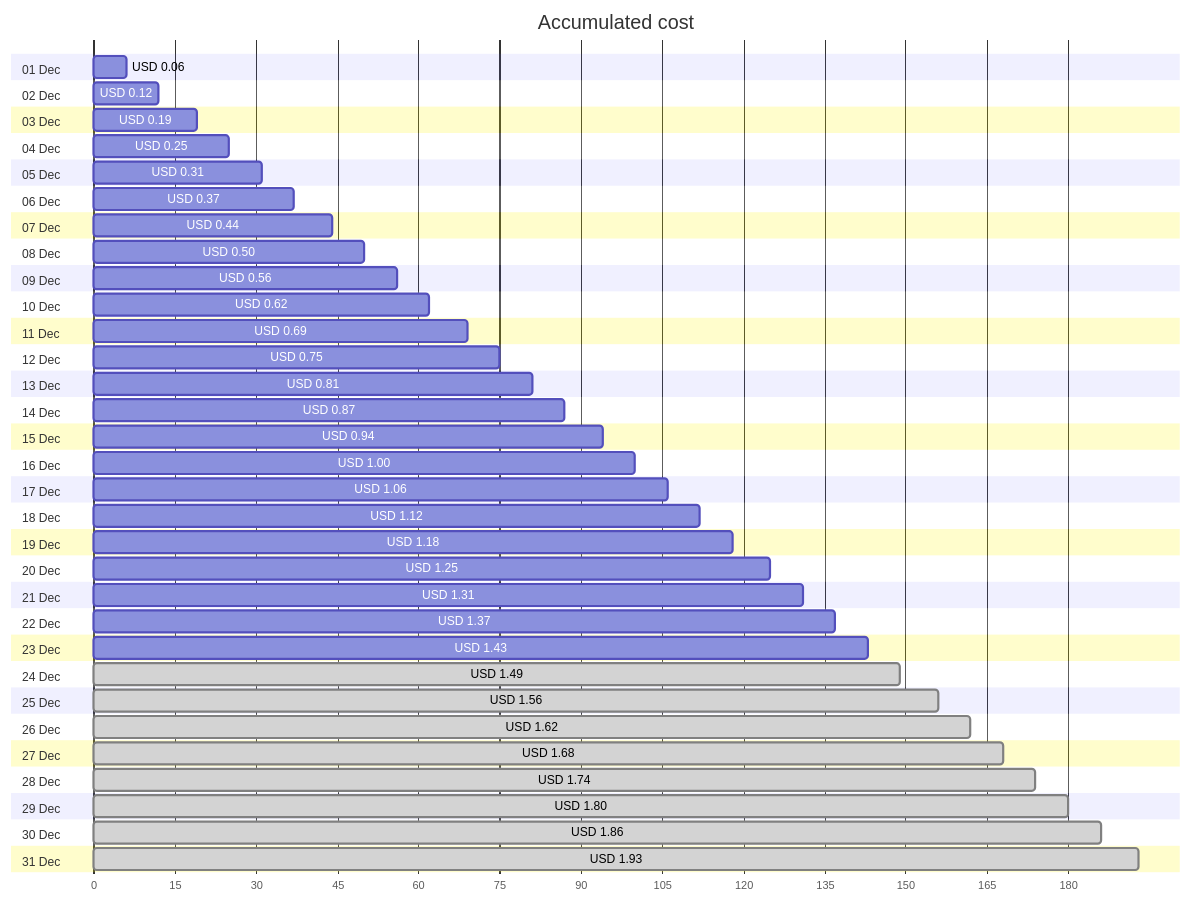
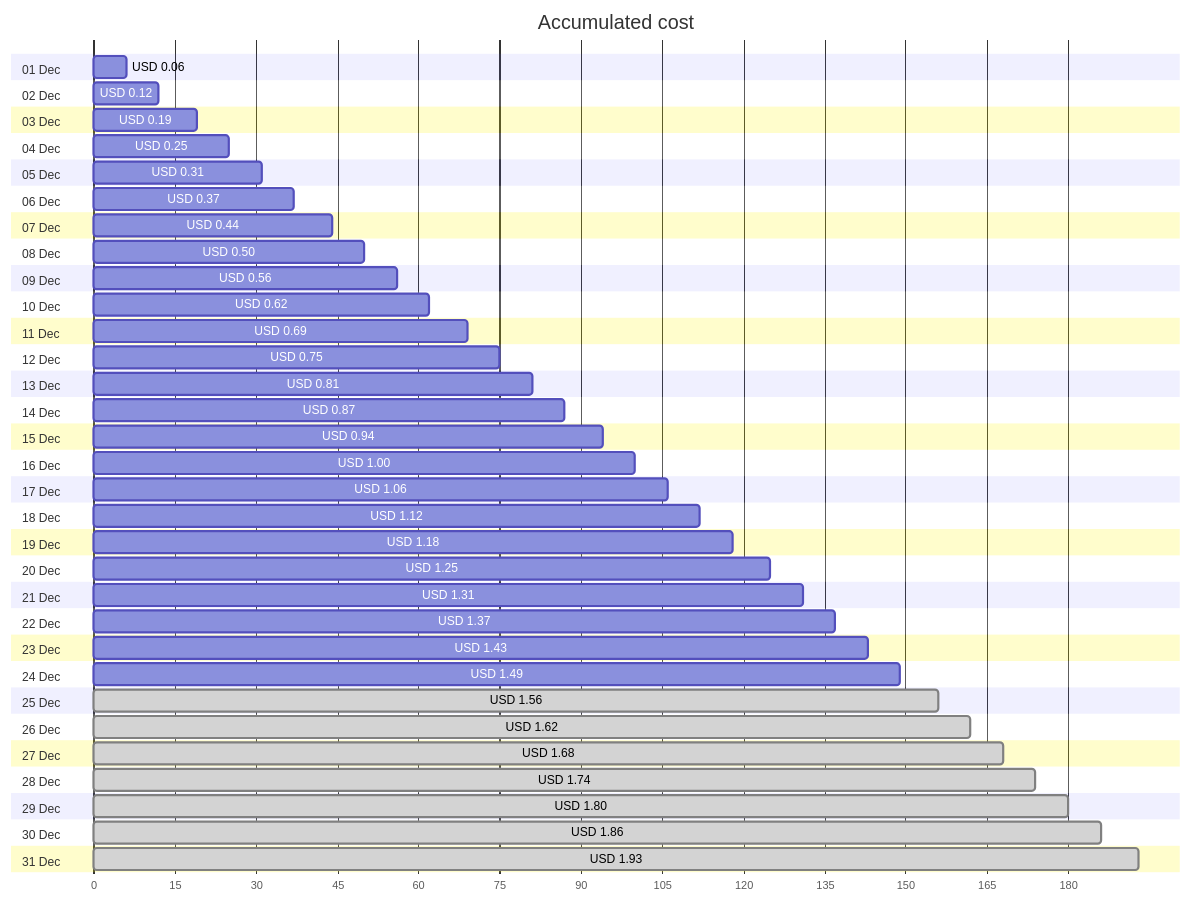
The first of 4 diagrams in cost-reports/personal-network/vpn-server_OsDisk.md (jpfulton/azure-personal-reports), drawn with Mermaid before and after one commit. The commit also changed other lines of this file and 8 other files, not shown here.

````diff
--- a/cost-reports/personal-network/vpn-server_OsDisk.md
+++ b/cost-reports/personal-network/vpn-server_OsDisk.md
@@ -20,68 +20,68 @@
 ```mermaid
 gantt
    title Accumulated cost
    dateFormat  X
    axisFormat %s
    section 01 Dec
    USD 0.06 :0, 6
    section 02 Dec
    USD 0.12 :0, 12
    section 03 Dec
    USD 0.19 :0, 19
    section 04 Dec
    USD 0.25 :0, 25
    section 05 Dec
    USD 0.31 :0, 31
    section 06 Dec
    USD 0.37 :0, 37
    section 07 Dec
    USD 0.44 :0, 44
    section 08 Dec
    USD 0.50 :0, 50
    section 09 Dec
    USD 0.56 :0, 56
    section 10 Dec
    USD 0.62 :0, 62
    section 11 Dec
    USD 0.69 :0, 69
    section 12 Dec
    USD 0.75 :0, 75
    section 13 Dec
    USD 0.81 :0, 81
    section 14 Dec
    USD 0.87 :0, 87
    section 15 Dec
    USD 0.94 :0, 94
    section 16 Dec
    USD 1.00 :0, 100
    section 17 Dec
    USD 1.06 :0, 106
    section 18 Dec
    USD 1.12 :0, 112
    section 19 Dec
    USD 1.18 :0, 118
    section 20 Dec
    USD 1.25 :0, 125
    section 21 Dec
    USD 1.31 :0, 131
    section 22 Dec
    USD 1.37 :0, 137
    section 23 Dec
    USD 1.43 :0, 143
    section 24 Dec
-   USD 1.49 : done, 0, 149
+   USD 1.49 :0, 149
    section 25 Dec
    USD 1.56 : done, 0, 156
    section 26 Dec
    USD 1.62 : done, 0, 162
    section 27 Dec
    USD 1.68 : done, 0, 168
    section 28 Dec
    USD 1.74 : done, 0, 174
    section 29 Dec
    USD 1.80 : done, 0, 180
    section 30 Dec
    USD 1.86 : done, 0, 186
    section 31 Dec
    USD 1.93 : done, 0, 193
 ```
````
